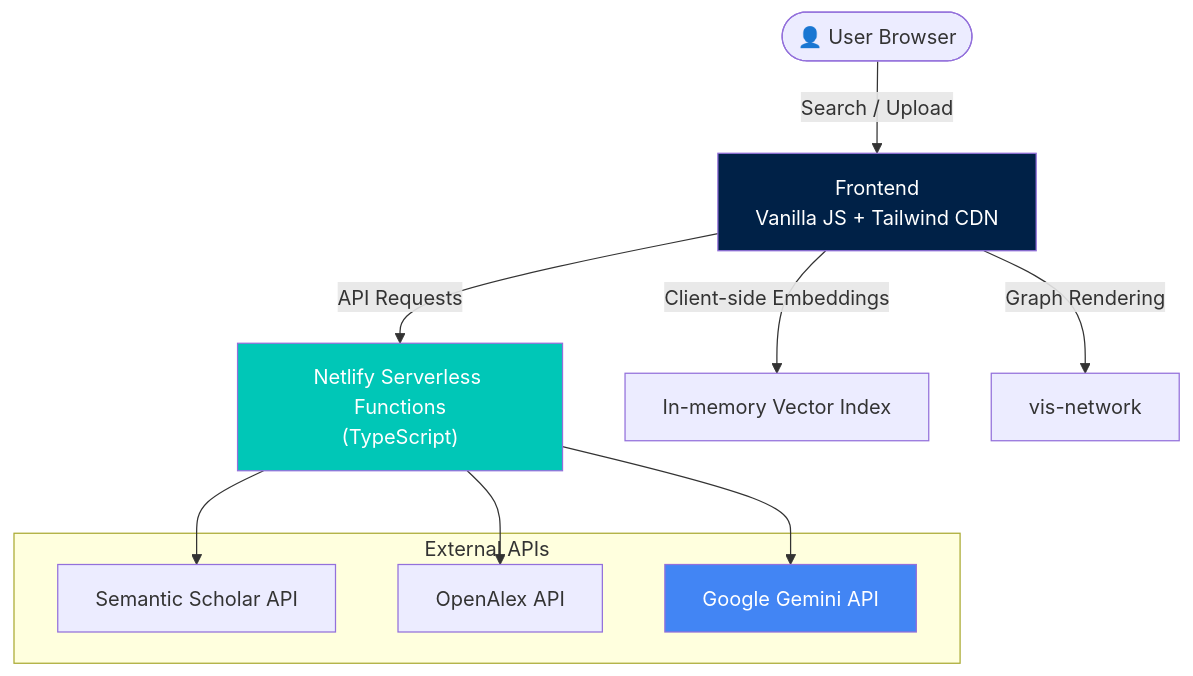
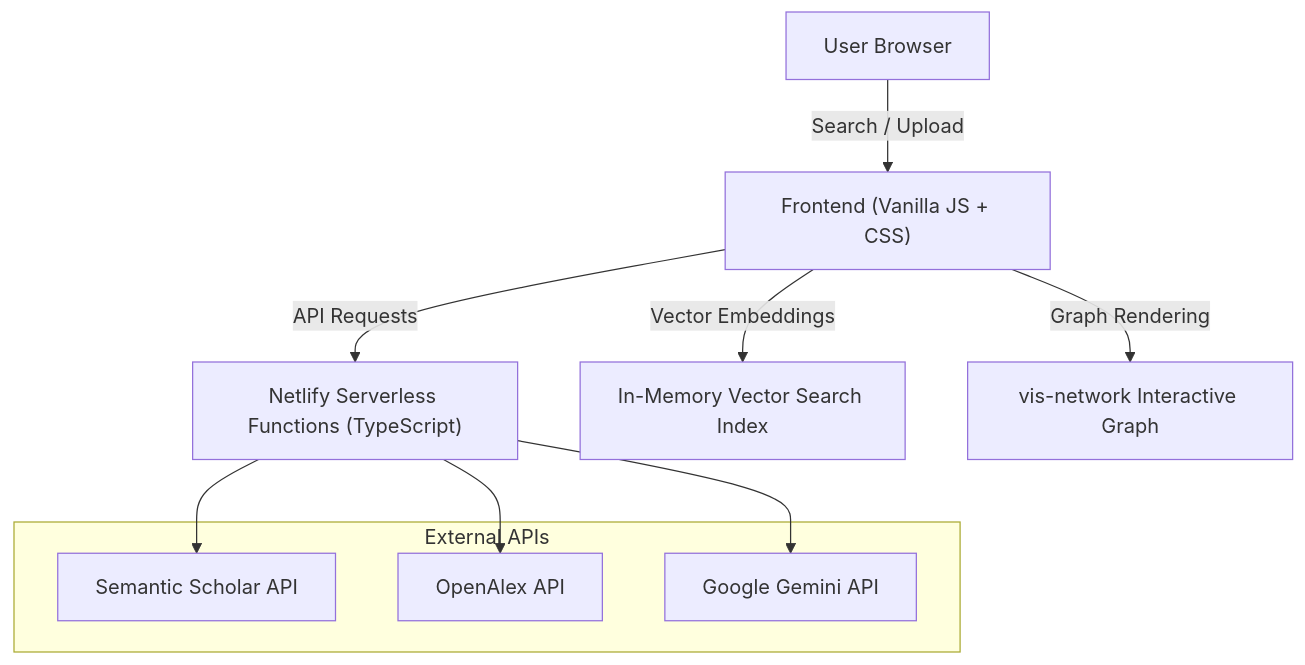
Before and after one commit to vansh7nvc/Abstractify: the diagram in README.md, drawn with Mermaid.

Commit message:
fix(docs): clean up Mermaid architecture diagram syntax for GitHub markdown renderer

````diff
--- a/README.md
+++ b/README.md
@@ -79,22 +79,18 @@
 ```mermaid
 graph TD
-    User(["👤 User Browser"]) -->|Search / Upload| FE["Frontend<br/>Vanilla JS + Tailwind CDN"]
-    FE -->|API Requests| BF["Netlify Serverless Functions<br/>(TypeScript)"]
+    User["User Browser"] -->|Search / Upload| FE["Frontend (Vanilla JS + CSS)"]
+    FE -->|API Requests| BF["Netlify Serverless Functions (TypeScript)"]
 
-    subgraph External APIs
+    subgraph External_APIs["External APIs"]
         SS["Semantic Scholar API"]
         OA["OpenAlex API"]
         GEM["Google Gemini API"]
     end
 
     BF --> SS
     BF --> OA
     BF --> GEM
 
-    FE -->|"Client-side Embeddings"| EMBED["In-memory Vector Index"]
-    FE -->|"Graph Rendering"| VIS["vis-network"]
-
-    style FE fill:#002147,color:#fff
-    style BF fill:#00C7B7,color:#fff
-    style GEM fill:#4285F4,color:#fff
+    FE -->|Vector Embeddings| EMBED["In-Memory Vector Search Index"]
+    FE -->|Graph Rendering| VIS["vis-network Interactive Graph"]
 ```
````
